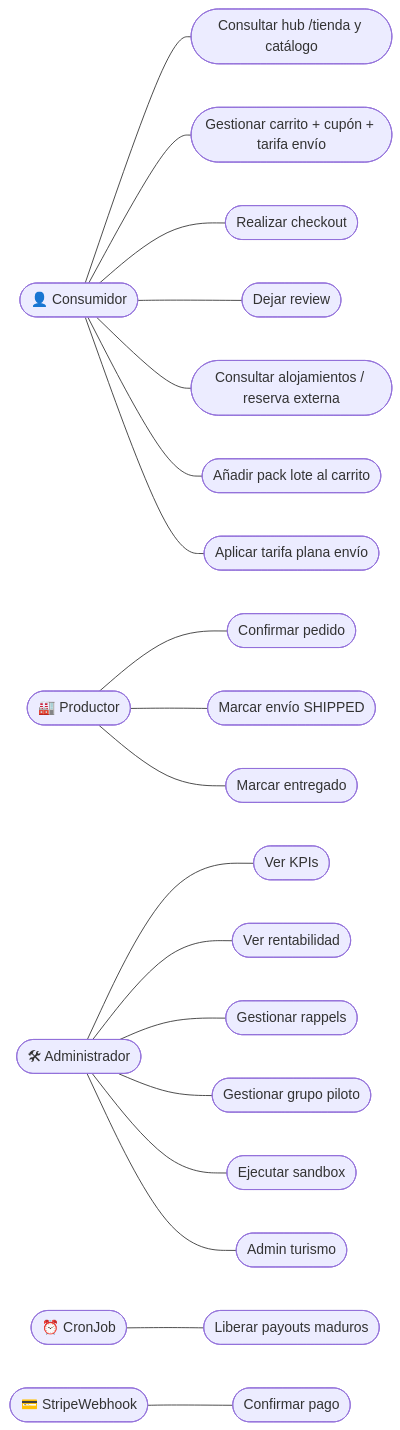
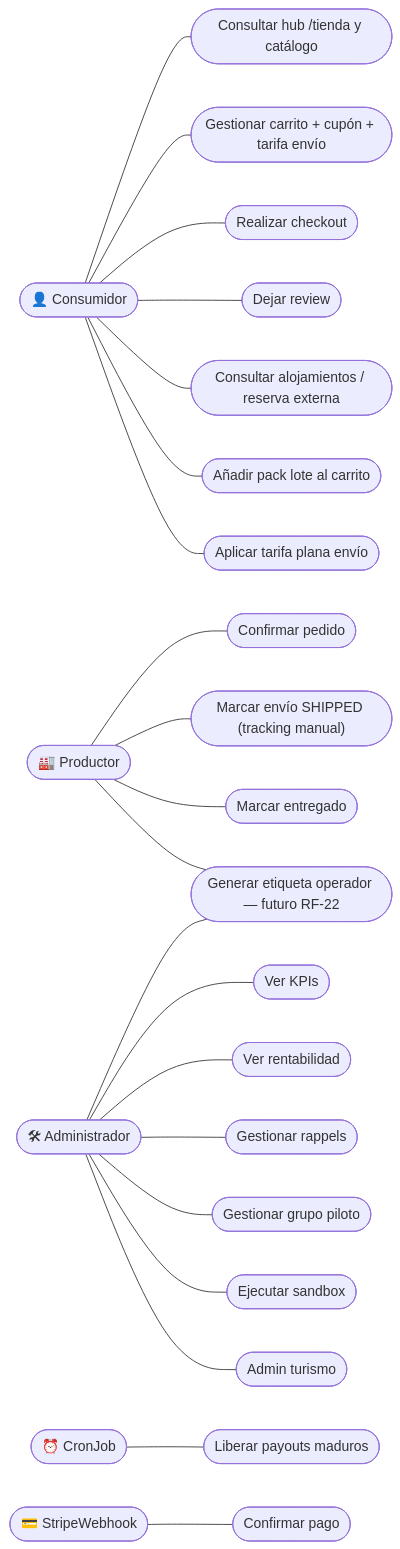
The second of 7 diagrams in docs/Requisitos_Funcionales_NoFuncionales_UseCases_UML.md (gracobjo/culebra), drawn with Mermaid before and after one commit. The commit also changed other lines of this file and 1 other file, not shown here.

First line of the commit message:
docs: glosario, etiquetas de caja y RF-22 etiqueta carrier pendiente.

````diff
--- a/docs/Requisitos_Funcionales_NoFuncionales_UseCases_UML.md
+++ b/docs/Requisitos_Funcionales_NoFuncionales_UseCases_UML.md
@@ -438,52 +509,55 @@
 ```mermaid
 flowchart LR
   %% Actores
   Consumidor(["👤 Consumidor"])
   Productor(["🏭 Productor"])
   Admin(["🛠 Administrador"])
   Cron(["⏰ CronJob"])
   Stripe(["💳 StripeWebhook"])
 
   %% Casos de uso (elipses)
   UC01(["Consultar hub /tienda y catálogo"])
   UC02(["Gestionar carrito + cupón + tarifa envío"])
   UC03(["Realizar checkout"])
   UC04(["Dejar review"])
   UC05(["Confirmar pedido"])
-  UC06(["Marcar envío SHIPPED"])
+  UC06(["Marcar envío SHIPPED (tracking manual)"])
   UC07(["Marcar entregado"])
   UC08(["Ver KPIs"])
   UC09(["Ver rentabilidad"])
   UC10(["Gestionar rappels"])
   UC11(["Gestionar grupo piloto"])
   UC12(["Ejecutar sandbox"])
   UC13(["Confirmar pago"])
   UC14(["Liberar payouts maduros"])
   UC15(["Consultar alojamientos / reserva externa"])
   UC16(["Añadir pack lote al carrito"])
   UC17(["Admin turismo"])
   UC18(["Aplicar tarifa plana envío"])
+  UC19(["Generar etiqueta operador — futuro RF-22"])
 
   %% Relaciones
   Consumidor --- UC01
   Consumidor --- UC02
   Consumidor --- UC03
   Consumidor --- UC04
   Consumidor --- UC15
   Consumidor --- UC16
   Consumidor --- UC18
 
   Productor --- UC05
   Productor --- UC06
   Productor --- UC07
+  Productor --- UC19
 
   Admin --- UC08
   Admin --- UC09
   Admin --- UC10
   Admin --- UC11
   Admin --- UC12
   Admin --- UC17
+  Admin --- UC19
 
   Stripe --- UC13
   Cron   --- UC14
 ```
````
